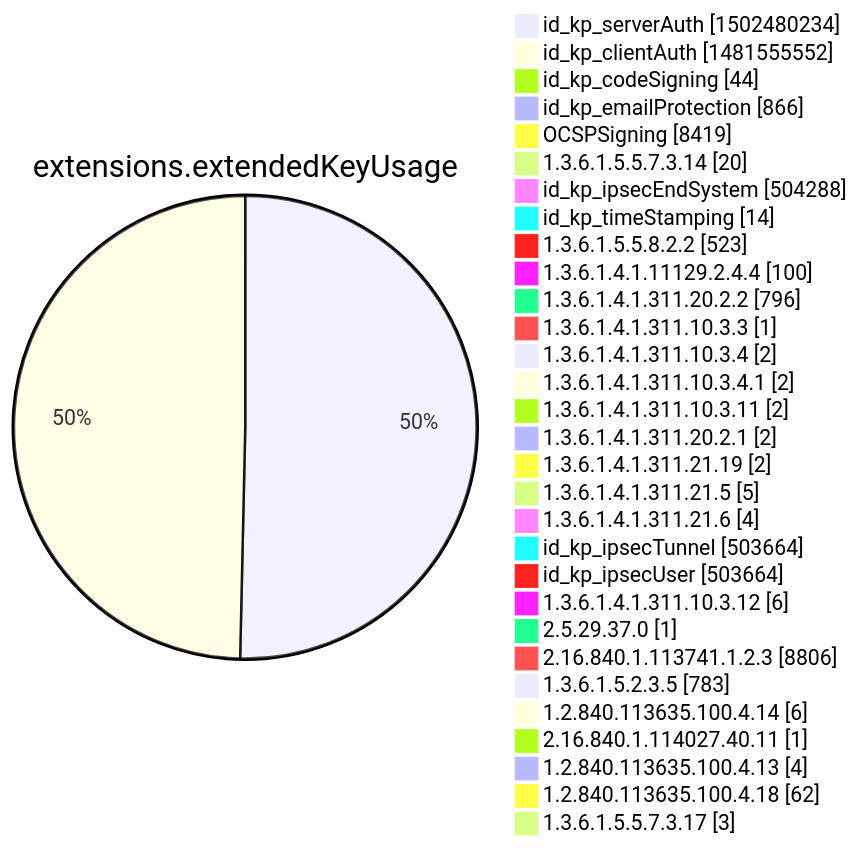
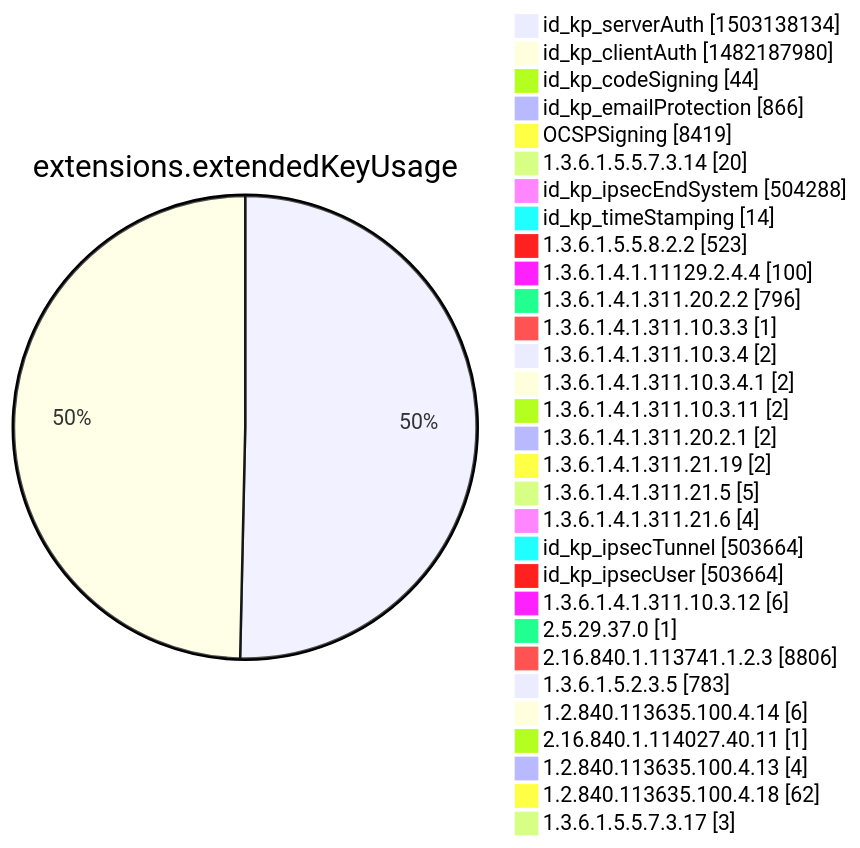
One commit to christiankrug/ctmonitor_visualization changed diagram 12 of 15 in argon2022/README.md. Above: the diagram before and after it, drawn with Mermaid. The commit also changed other lines of this file, not shown here.

````diff
--- a/argon2022/README.md
+++ b/argon2022/README.md
@@ -3555,34 +3555,34 @@
 ```mermaid
 pie showData
 title extensions.extendedKeyUsage
-"id_kp_serverAuth" :1502480234
-"id_kp_clientAuth" :1481555552
+"id_kp_serverAuth" :1503138134
+"id_kp_clientAuth" :1482187980
 "id_kp_codeSigning" :44
 "id_kp_emailProtection" :866
 "OCSPSigning" :8419
 "1.3.6.1.5.5.7.3.14" :20
 "id_kp_ipsecEndSystem" :504288
 "id_kp_timeStamping" :14
 "1.3.6.1.5.5.8.2.2" :523
 "1.3.6.1.4.1.11129.2.4.4" :100
 "1.3.6.1.4.1.311.20.2.2" :796
 "1.3.6.1.4.1.311.10.3.3" :1
 "1.3.6.1.4.1.311.10.3.4" :2
 "1.3.6.1.4.1.311.10.3.4.1" :2
 "1.3.6.1.4.1.311.10.3.11" :2
 "1.3.6.1.4.1.311.20.2.1" :2
 "1.3.6.1.4.1.311.21.19" :2
 "1.3.6.1.4.1.311.21.5" :5
 "1.3.6.1.4.1.311.21.6" :4
 "id_kp_ipsecTunnel" :503664
 "id_kp_ipsecUser" :503664
 "1.3.6.1.4.1.311.10.3.12" :6
 "2.5.29.37.0" :1
 "2.16.840.1.113741.1.2.3" :8806
 "1.3.6.1.5.2.3.5" :783
 "1.2.840.113635.100.4.14" :6
 "2.16.840.1.114027.40.11" :1
 "1.2.840.113635.100.4.13" :4
 "1.2.840.113635.100.4.18" :62
 "1.3.6.1.5.5.7.3.17" :3
 ```
````
